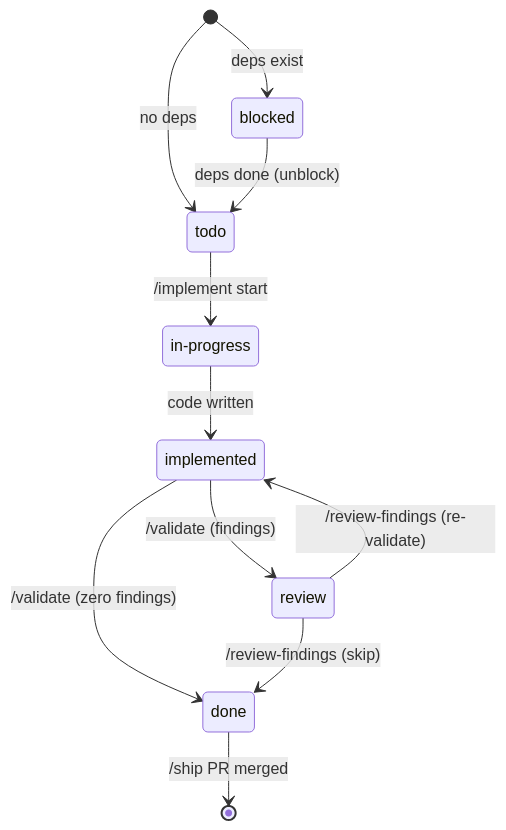
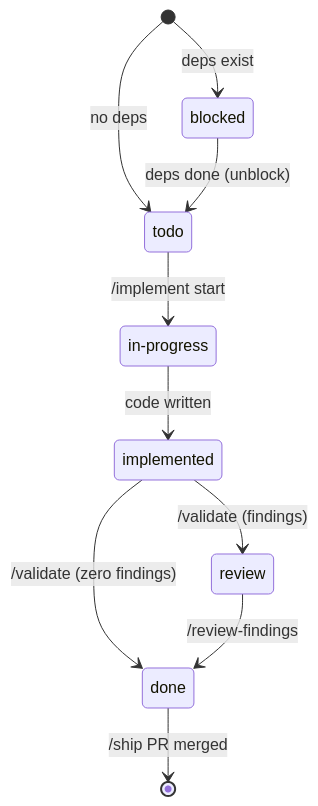
One commit to AlarQ/SDD-hub changed the third of 16 diagrams in docs/workflow-diagram.md. Above: the diagram before and after it, drawn with Mermaid. The commit also changed other lines of this file and 4 other files, not shown here.

First line of the commit message:
refactor: remove revalidation step from /review-findings

````diff
--- a/docs/workflow-diagram.md
+++ b/docs/workflow-diagram.md
@@ -144,14 +143,13 @@
 ```mermaid
 stateDiagram-v2
     state "in-progress" as in_progress
     [*] --> blocked: deps exist
     [*] --> todo: no deps
     blocked --> todo: deps done (unblock)
     todo --> in_progress: /implement start
     in_progress --> implemented: code written
     implemented --> review: /validate (findings)
     implemented --> done: /validate (zero findings)
-    review --> implemented: /review-findings (re-validate)
-    review --> done: /review-findings (skip)
+    review --> done: /review-findings
     done --> [*]: /ship PR merged
 ```
````
